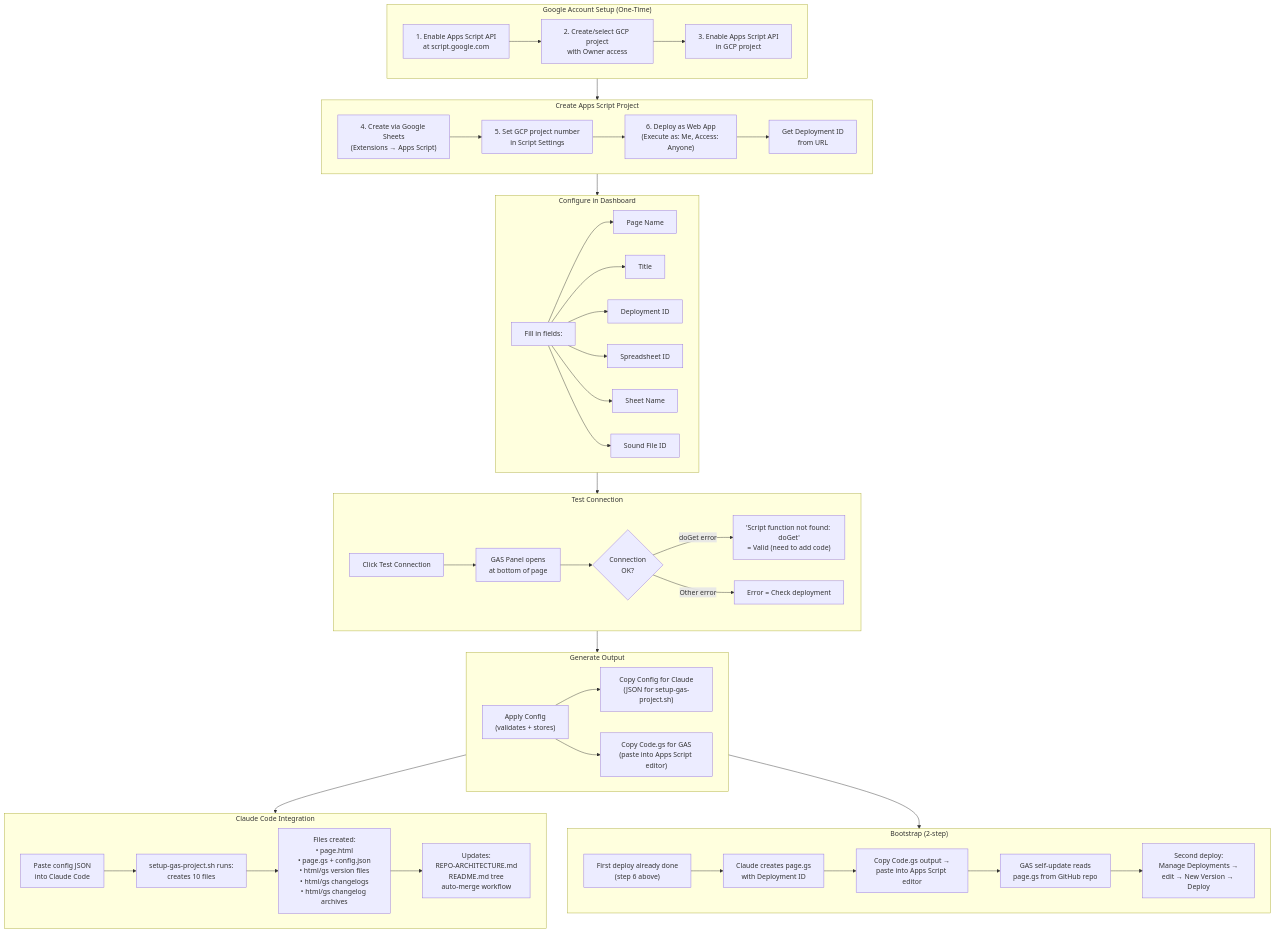
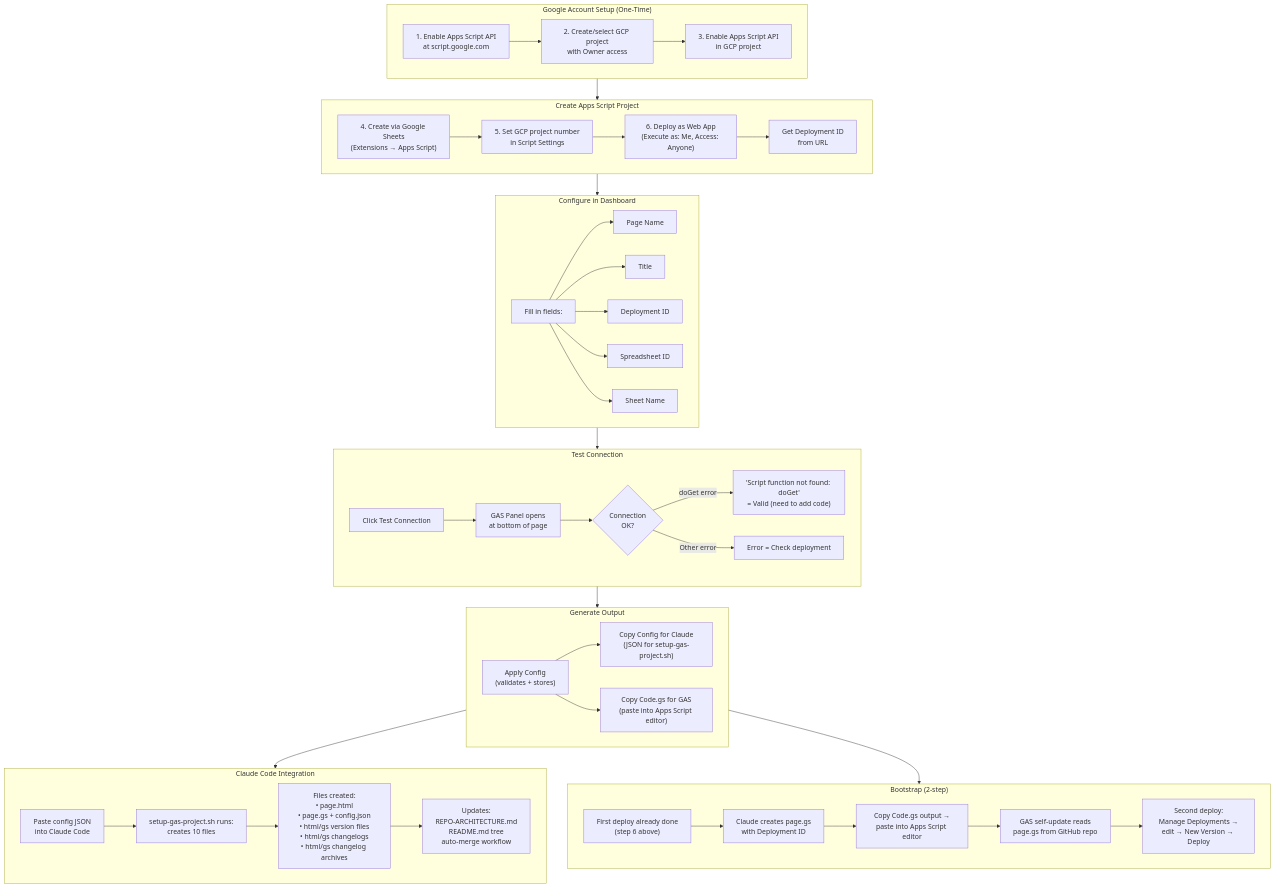
Before and after one commit to ShadowAISolutions/saistemplateprojectrepo: the diagram in repository-information/diagrams/gas-project-creator-diagram.md, drawn with Mermaid. The commit also changed 27 other files, not shown here.

````diff
--- a/repository-information/diagrams/gas-project-creator-diagram.md
+++ b/repository-information/diagrams/gas-project-creator-diagram.md
@@ -7,69 +7,68 @@
 ```mermaid
 flowchart TB
     subgraph Setup["Google Account Setup (One-Time)"]
         S1["1. Enable Apps Script API<br>at script.google.com"]
         S2["2. Create/select GCP project<br>with Owner access"]
         S3["3. Enable Apps Script API<br>in GCP project"]
         S1 --> S2 --> S3
     end
 
     subgraph Create["Create Apps Script Project"]
         C1["4. Create via Google Sheets<br>(Extensions → Apps Script)"]
         C2["5. Set GCP project number<br>in Script Settings"]
         C3["6. Deploy as Web App<br>(Execute as: Me, Access: Anyone)"]
         C4["Get Deployment ID<br>from URL"]
         C1 --> C2 --> C3 --> C4
     end
 
     subgraph Configure["Configure in Dashboard"]
         F1["Fill in fields:"]
         F1a["Page Name"]
         F1b["Title"]
         F1c["Deployment ID"]
         F1d["Spreadsheet ID"]
         F1e["Sheet Name"]
-        F1f["Sound File ID"]
-        F1 --> F1a & F1b & F1c & F1d & F1e & F1f
+        F1 --> F1a & F1b & F1c & F1d & F1e
     end
 
     subgraph TestConn["Test Connection"]
         T1["Click Test Connection"]
         T2["GAS Panel opens<br>at bottom of page"]
         T3{"Connection<br>OK?"}
         T4["'Script function not found: doGet'<br>= Valid (need to add code)"]
         T5["Error = Check deployment"]
         T1 --> T2 --> T3
         T3 -->|doGet error| T4
         T3 -->|Other error| T5
     end
 
     subgraph Output["Generate Output"]
         O1["Apply Config<br>(validates + stores)"]
         O2["Copy Config for Claude<br>(JSON for setup-gas-project.sh)"]
         O3["Copy Code.gs for GAS<br>(paste into Apps Script editor)"]
         O1 --> O2 & O3
     end
 
     subgraph Claude["Claude Code Integration"]
         CL1["Paste config JSON<br>into Claude Code"]
         CL2["setup-gas-project.sh runs:<br>creates 10 files"]
         CL3["Files created:<br>• page.html<br>• page.gs + config.json<br>• html/gs version files<br>• html/gs changelogs<br>• html/gs changelog archives"]
         CL4["Updates:<br>REPO-ARCHITECTURE.md<br>README.md tree<br>auto-merge workflow"]
         CL1 --> CL2 --> CL3 --> CL4
     end
 
     subgraph Bootstrap["Bootstrap (2-step)"]
         B1["First deploy already done<br>(step 6 above)"]
         B2["Claude creates page.gs<br>with Deployment ID"]
         B3["Copy Code.gs output →<br>paste into Apps Script editor"]
         B4["GAS self-update reads<br>page.gs from GitHub repo"]
         B5["Second deploy:<br>Manage Deployments →<br>edit → New Version → Deploy"]
         B1 --> B2 --> B3 --> B4 --> B5
     end
 
     Setup --> Create --> Configure
     Configure --> TestConn
     TestConn --> Output
     Output --> Claude
     Output --> Bootstrap
 ```
````
